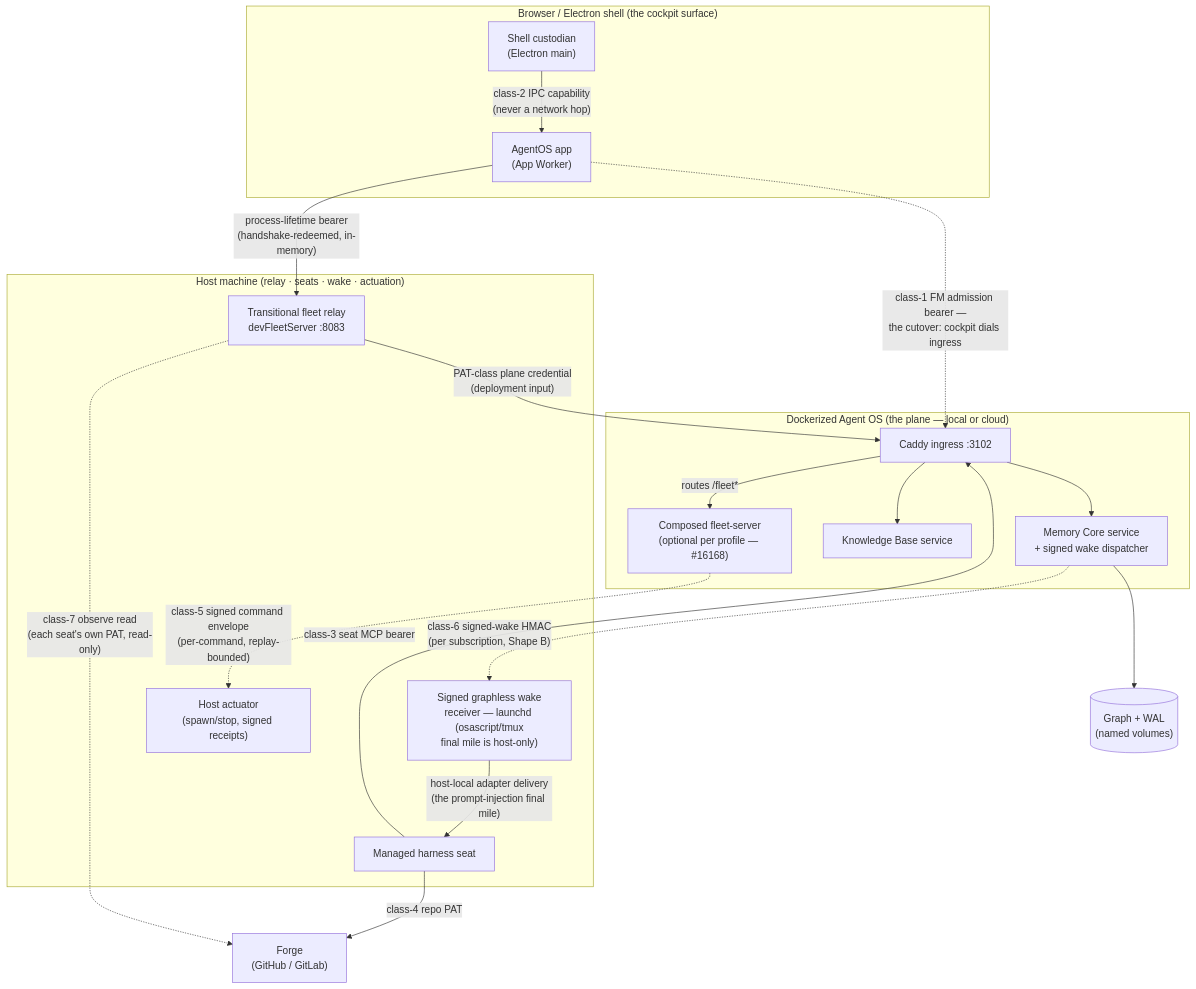
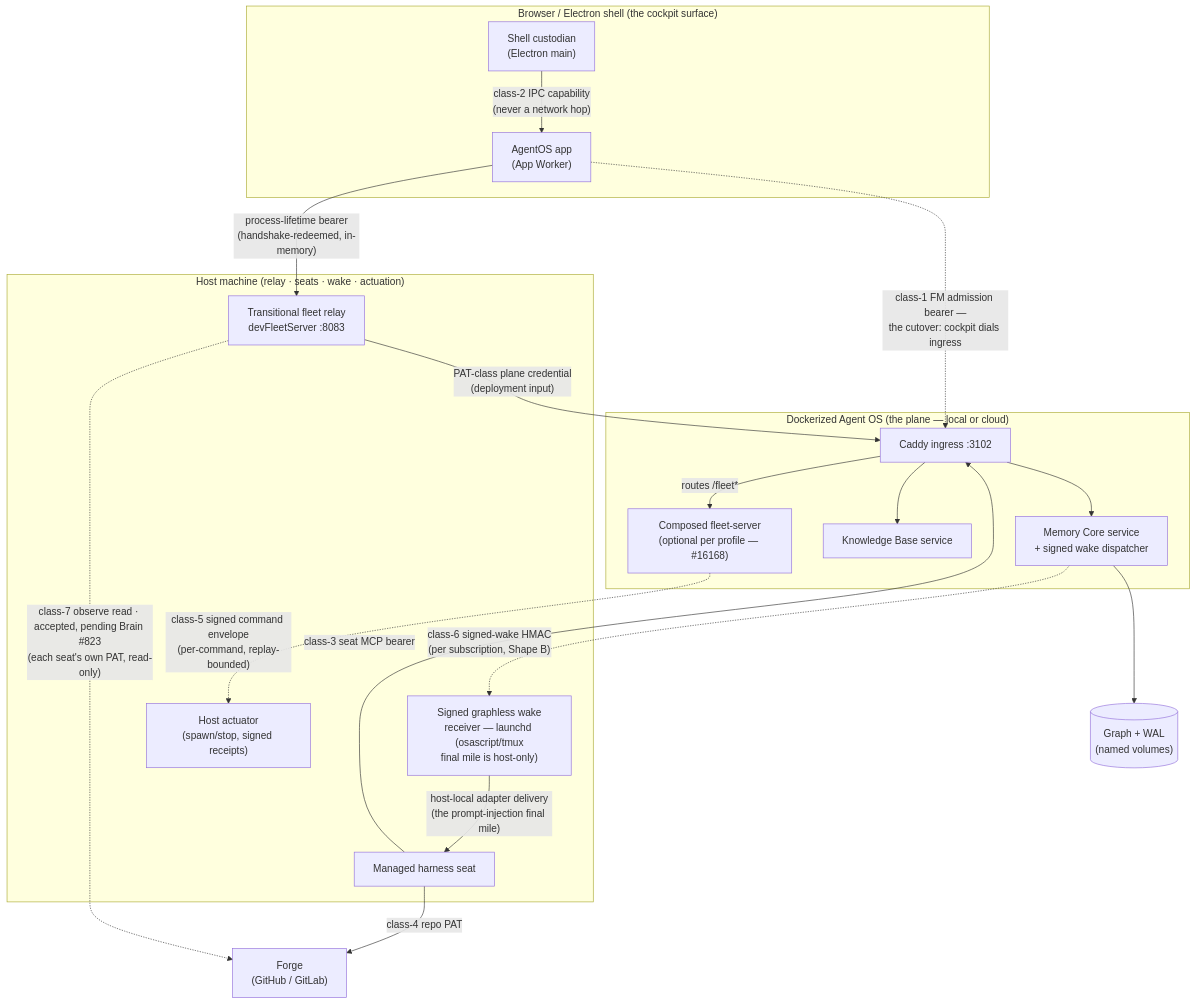
Before and after one commit to neomjs/neo: the first of 6 diagrams in learn/agentos/FleetManagerArchitecture.md, drawn with Mermaid. The commit also changed other lines of this file and 1 other file, not shown here.

Commit message:
docs(adr): ADR 0038 declares one seat PAT across classes 3, 4 and 7 in normal setup, keeps stale and unavailable for a read that reaches no seat, and the guide marks class 7 pending Brain #823 (#19388)
Addresses review 5402360590 on #19389:
- RA-1: row 3 states the normal-setup reuse across classes 3, 4 and 7. An
  existing plane binding or explicit tenant credential keeps its own authority
  as class 3, as Brain #818 retains it. No other class shares the seat PAT.
- RA-2: row 7 keeps `partial` for mixed coverage, and `stale` over the last
  snapshot (`unavailable` without one) when no seat reads, as
  openWorkProducer.mjs already names them.
- RA-3: the guide's class-7 arrow and prose say the path is accepted and
  pending Brain #823, and describe the one-PAT setup as the normal path.

````diff
--- a/learn/agentos/FleetManagerArchitecture.md
+++ b/learn/agentos/FleetManagerArchitecture.md
@@ -17,39 +17,39 @@
 ```mermaid
 flowchart TD
     subgraph Shell["Browser / Electron shell (the cockpit surface)"]
         Main["Shell custodian<br/>(Electron main)"]
         Page["AgentOS app<br/>(App Worker)"]
     end
 
     subgraph Host["Host machine (relay · seats · wake · actuation)"]
         Transport["Transitional fleet relay<br/>devFleetServer :8083"]
         Seat["Managed harness seat"]
         Receiver["Signed graphless wake<br/>receiver — launchd (osascript/tmux<br/>final mile is host-only)"]
         Actuator["Host actuator<br/>(spawn/stop, signed receipts)"]
     end
 
     subgraph Plane["Dockerized Agent OS (the plane — local or cloud)"]
         Ingress["Caddy ingress :3102"]
         MC["Memory Core service<br/>+ signed wake dispatcher"]
         KB["Knowledge Base service"]
         FS["Composed fleet-server<br/>(optional per profile — #16168)"]
     end
 
     Forge["Forge<br/>(GitHub / GitLab)"]
     GraphStore[("Graph + WAL<br/>(named volumes)")]
 
     Main -- "class-2 IPC capability<br/>(never a network hop)" --> Page
     Page -- "process-lifetime bearer<br/>(handshake-redeemed, in-memory)" --> Transport
     Transport -- "PAT-class plane credential<br/>(deployment input)" --> Ingress
     Page -. "class-1 FM admission bearer —<br/>the cutover: cockpit dials ingress" .-> Ingress
     Seat -- "class-3 seat MCP bearer" --> Ingress
     Seat -- "class-4 repo PAT" --> Forge
-    Transport -. "class-7 observe read<br/>(each seat's own PAT, read-only)" .-> Forge
+    Transport -. "class-7 observe read · accepted, pending Brain #823<br/>(each seat's own PAT, read-only)" .-> Forge
     Ingress -- "routes /fleet*" --> FS
     Ingress --> MC
     Ingress --> KB
     MC --> GraphStore
     MC -. "class-6 signed-wake HMAC<br/>(per subscription, Shape B)" .-> Receiver
     Receiver -- "host-local adapter delivery<br/>(the prompt-injection final mile)" --> Seat
     FS -. "class-5 signed command envelope<br/>(per-command, replay-bounded)" .-> Actuator
 ```
````
